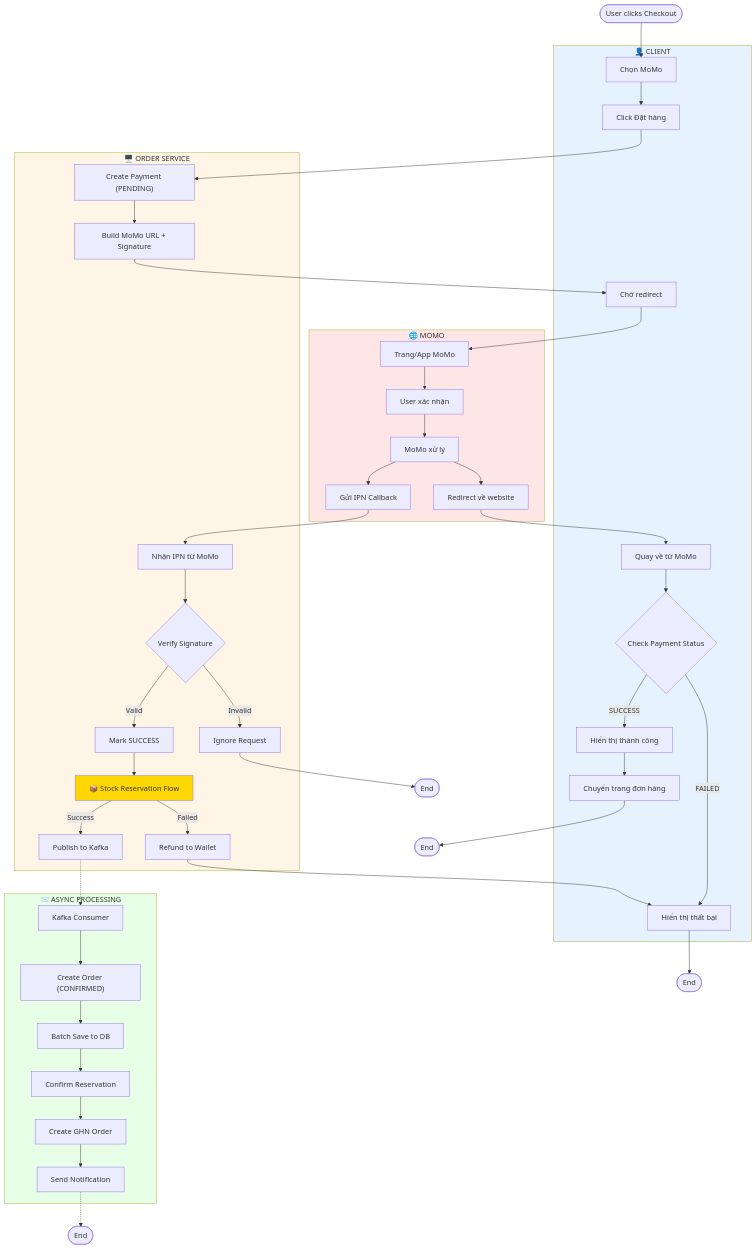
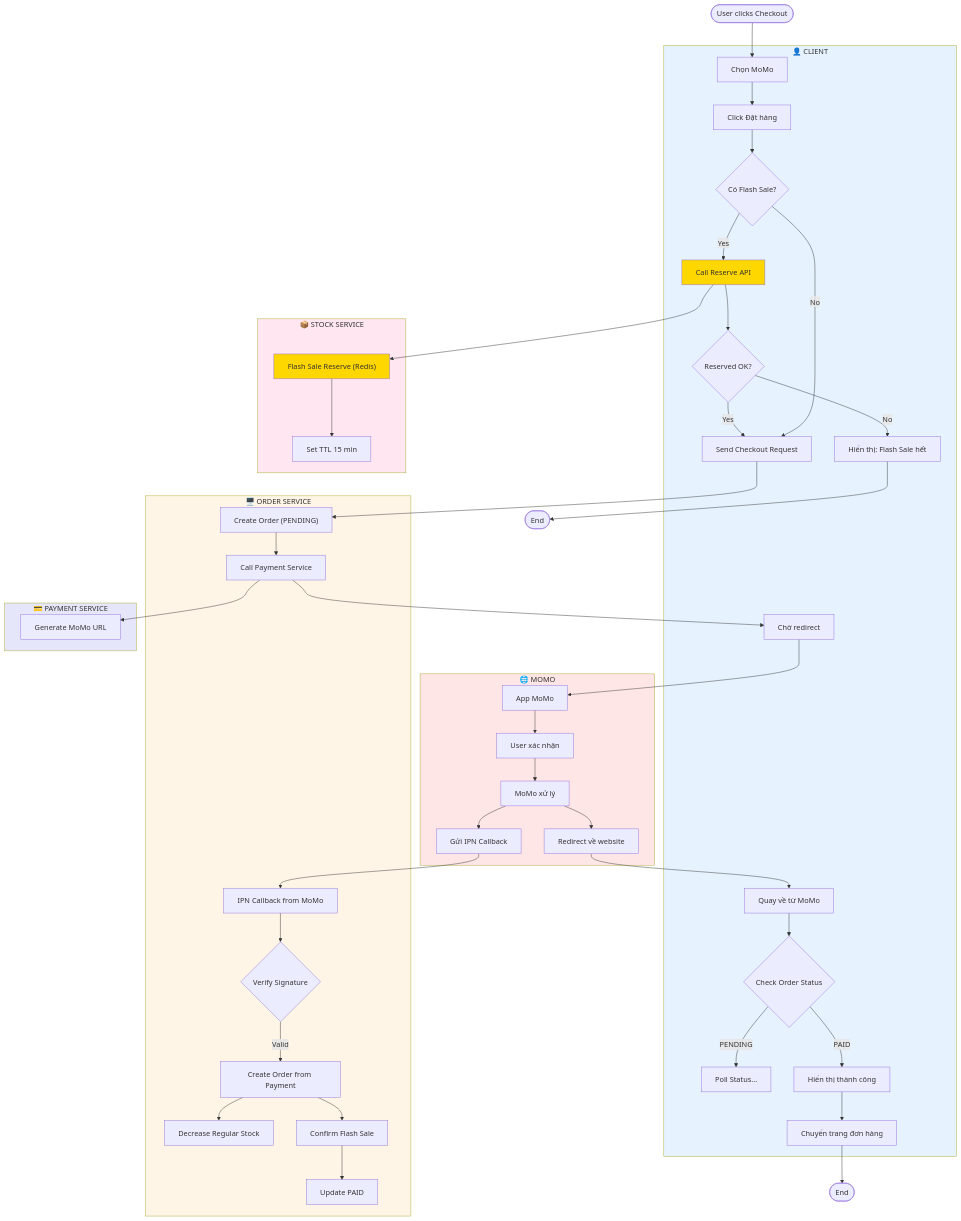
Before and after one commit to ThuanNgcodelor/VibeX-E-Commerce: the third of 6 diagrams in documents/activity/CHECKOUT_ACTIVITY.md, drawn with Mermaid. The commit also changed other lines of this file and 20 other files, not shown here.

First line of the commit message:
Update FlashSale

````diff
--- a/documents/activity/CHECKOUT_ACTIVITY.md
+++ b/documents/activity/CHECKOUT_ACTIVITY.md
@@ -158,60 +180,65 @@
 ```mermaid
 flowchart TD
     Start([User clicks Checkout]) --> SelectMOMO[Chọn MoMo]
     
     subgraph Client["👤 CLIENT"]
         SelectMOMO --> ClickOrder[Click Đặt hàng]
+        
+        ClickOrder --> ReserveFS{Có Flash Sale?}
+        ReserveFS -->|Yes| CallReserve[Call Reserve API]
+        CallReserve --> CheckReserve{Reserved OK?}
+        CheckReserve -->|No| ShowFSError[Hiển thị: Flash Sale hết]
+        CheckReserve -->|Yes| SendCheckout
+        ReserveFS -->|No| SendCheckout[Send Checkout Request]
+        
         WaitRedirect[Chờ redirect]
         ReturnFromMOMO[Quay về từ MoMo]
-        ReturnFromMOMO --> CheckDB{Check Payment Status}
-        CheckDB -->|FAILED| ShowFailed[Hiển thị thất bại]
-        CheckDB -->|SUCCESS| ShowSuccess[Hiển thị thành công]
+        ReturnFromMOMO --> CheckDB{Check Order Status}
+        CheckDB -->|PENDING| PollStatus[Poll Status...]
+        CheckDB -->|PAID| ShowSuccess[Hiển thị thành công]
         ShowSuccess --> NavigateOrders[Chuyển trang đơn hàng]
     end
     
+    subgraph StockService["📦 STOCK SERVICE"]
+        CallReserve --> FSReserve["Flash Sale Reserve (Redis)"]
+        FSReserve --> SetTTL["Set TTL 15 min"]
+    end
+    
     subgraph OrderService["🖥️ ORDER SERVICE"]
-        ClickOrder --> CreatePayment["Create Payment (PENDING)"]
-        CreatePayment --> BuildURL[Build MoMo URL + Signature]
-        BuildURL --> WaitRedirect
+        SendCheckout --> CreateOrder["Create Order (PENDING)"]
+        CreateOrder --> CallPayment[Call Payment Service]
         
-        IPNCallback[Nhận IPN từ MoMo]
+        IPNCallback[IPN Callback from MoMo]
         IPNCallback --> VerifyIPN{Verify Signature}
-        VerifyIPN -->|Invalid| IgnoreIPN[Ignore Request]
-        VerifyIPN -->|Valid| MarkSuccess[Mark SUCCESS]
-        
-        MarkSuccess --> StockReserve["📦 Stock Reservation Flow"]
-        StockReserve -->|Success| PublishKafka[Publish to Kafka]
-        StockReserve -->|Failed| RefundWallet[Refund to Wallet]
+        VerifyIPN -->|Valid| CreateFromPayment["Create Order from Payment"]
+        CreateFromPayment --> DecrStock["Decrease Regular Stock"]
+        CreateFromPayment --> ConfirmFS["Confirm Flash Sale"]
+        ConfirmFS --> UpdatePaid[Update PAID]
+    end
+    
+    subgraph PaymentService["💳 PAYMENT SERVICE"]
+        CallPayment --> GenMomoURL[Generate MoMo URL]
     end
     
     subgraph MoMo["🌐 MOMO"]
-        WaitRedirect --> MoMoPage[Trang/App MoMo]
+        CallPayment --> WaitRedirect
+        WaitRedirect --> MoMoPage[App MoMo]
         MoMoPage --> UserPay[User xác nhận]
         UserPay --> ProcessPay[MoMo xử lý]
         ProcessPay --> SendIPN[Gửi IPN Callback]
         SendIPN --> IPNCallback
         ProcessPay --> RedirectBack[Redirect về website]
         RedirectBack --> ReturnFromMOMO
     end
     
-    subgraph KafkaConsumer["📨 ASYNC PROCESSING"]
-        PublishKafka -.-> Consumer[Kafka Consumer]
-        Consumer --> CreateOrder["Create Order (CONFIRMED)"]
-        CreateOrder --> SaveDB[Batch Save to DB]
-        SaveDB --> ConfirmStock[Confirm Reservation]
-        ConfirmStock --> CreateGHN[Create GHN Order]
-        CreateGHN --> Notify[Send Notification]
-    end
-    
-    RefundWallet --> ShowFailed
-    IgnoreIPN --> EndIgnore([End])
-    ShowFailed --> EndFail([End])
+    ShowFSError --> EndFS([End])
     NavigateOrders --> EndOK([End])
-    Notify -.-> EndAsync([End])
     
     style Client fill:#e6f3ff
     style OrderService fill:#fff5e6
+    style StockService fill:#ffe6f0
     style MoMo fill:#ffe6e6
-    style KafkaConsumer fill:#e6ffe6
-    style StockReserve fill:#FFD700
+    style PaymentService fill:#e6e6fa
+    style FSReserve fill:#FFD700
+    style CallReserve fill:#FFD700
 ```
````
